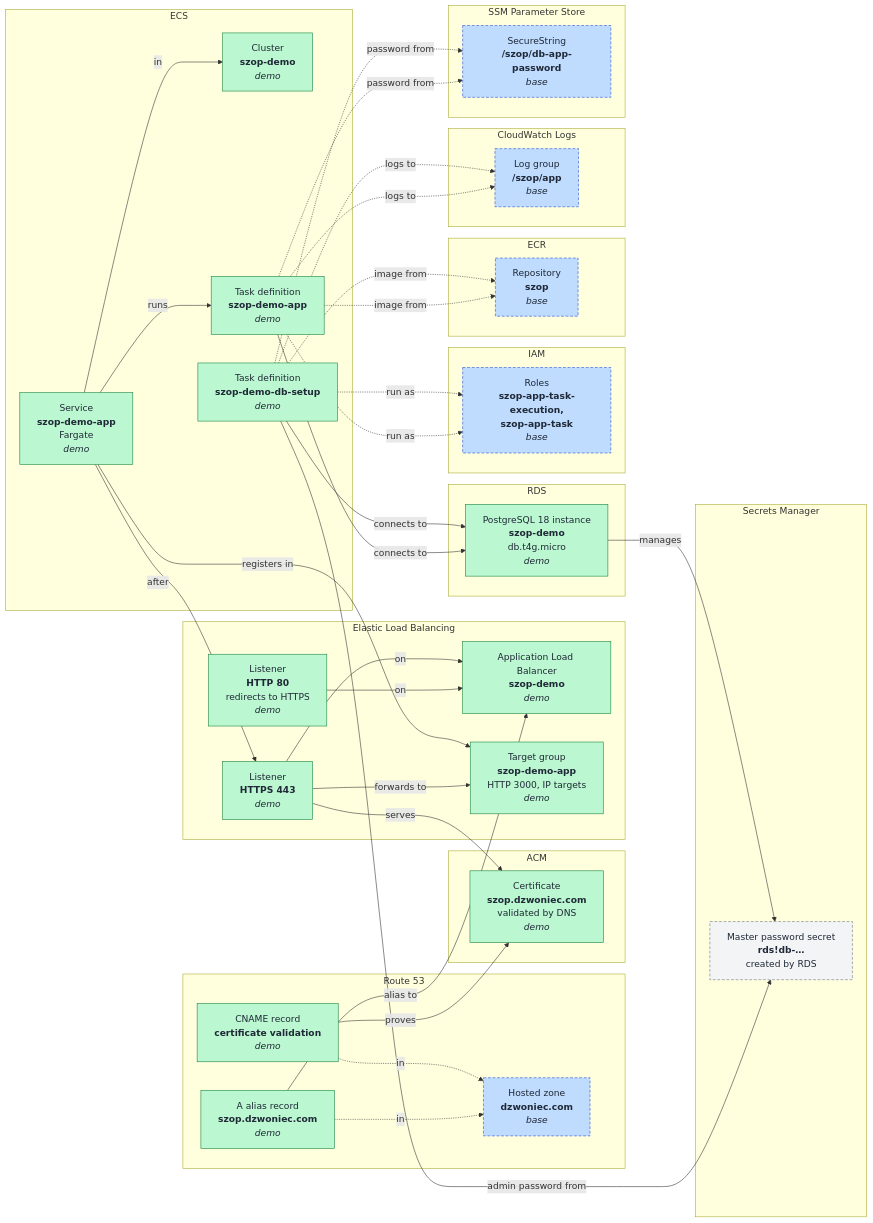
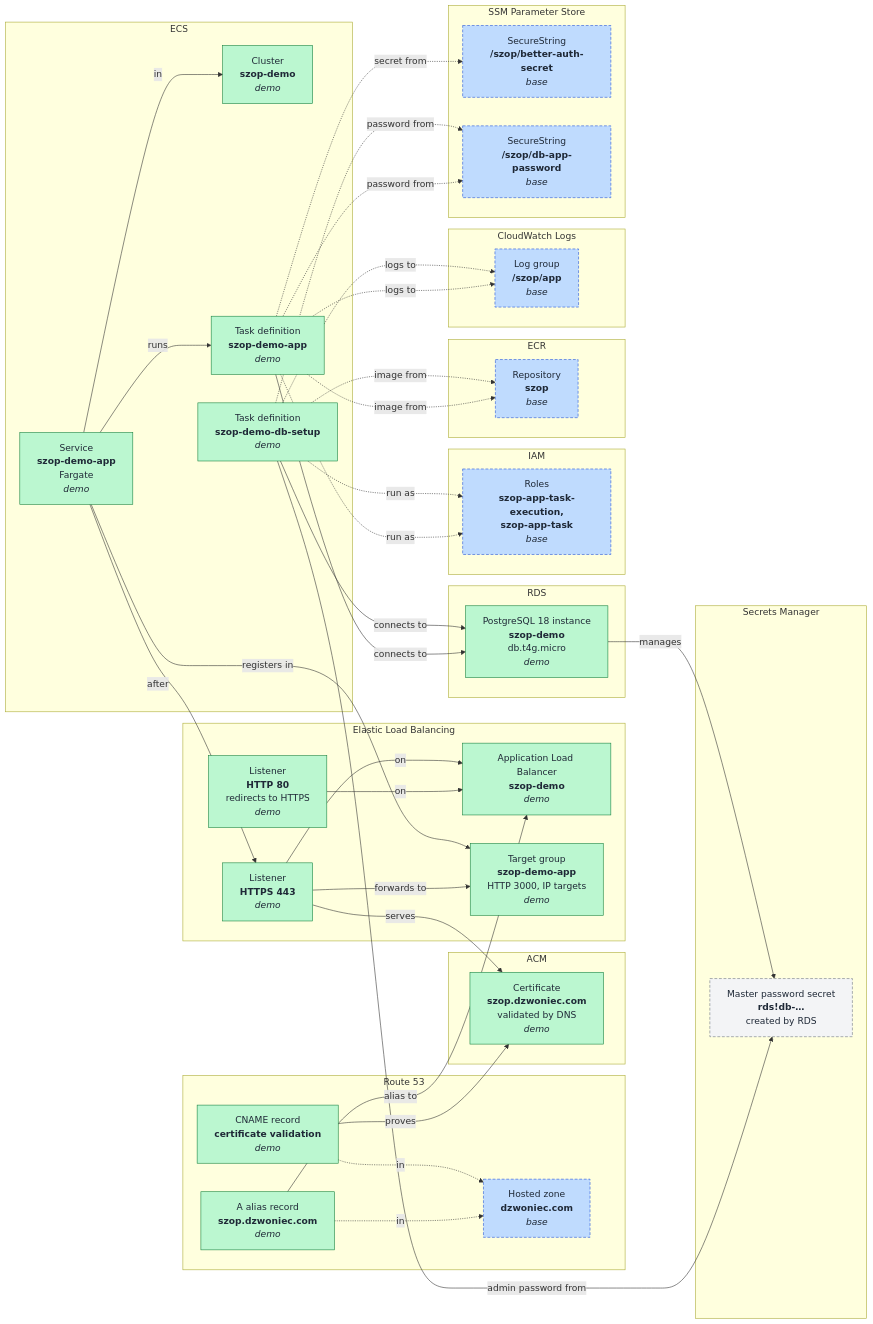
The fourth of 4 diagrams in docs/architecture/aws-resources.md (luiki-dev/szop), drawn with Mermaid before and after one commit. The commit also changed other lines of this file and 5 other files, not shown here.

First line of the commit message:
feat(infra): give the demo app the Better Auth secret

````diff
--- a/docs/architecture/aws-resources.md
+++ b/docs/architecture/aws-resources.md
@@ -298,6 +299,7 @@
     end
 
     subgraph ssm["SSM Parameter Store"]
+        authSecret["SecureString<br/><b>/szop/better-auth-secret</b><br/><i>base</i>"]
         dbPass["SecureString<br/><b>/szop/db-app-password</b><br/><i>base</i>"]
     end
 
@@ -327,6 +329,7 @@
     appTask -.->|logs to| logGroup
     setupTask -.->|logs to| logGroup
     appTask -.->|password from| dbPass
+    appTask -.->|secret from| authSecret
     setupTask -.->|password from| dbPass
 
     classDef demo fill:#bbf7d0,stroke:#15803d,color:#1f2937
@@ -334,6 +337,6 @@
     classDef external fill:#f3f4f6,stroke:#6b7280,color:#1f2937,stroke-dasharray:5 3
     class appRecord,validationRecord,certificate,alb,httpListener,httpsListener,targetGroup demo
     class cluster,service,appTask,setupTask,database demo
-    class zone,appRoles,repo,logGroup,dbPass baseLookup
+    class zone,appRoles,repo,logGroup,authSecret,dbPass baseLookup
     class masterSecret external
 ```
````
